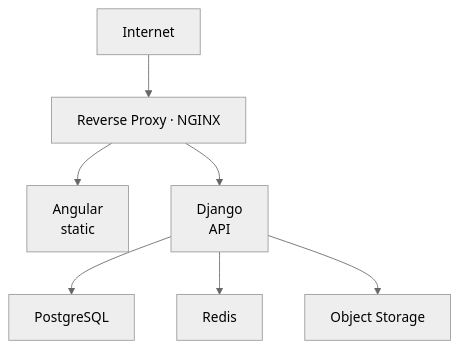
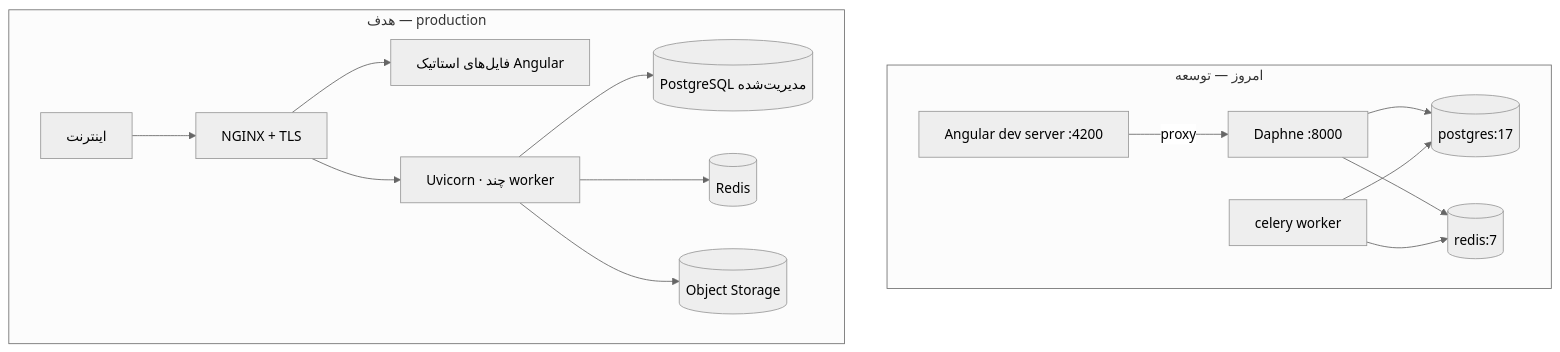
One commit to elmkhah/rorschach changed the first of 2 diagrams in documentation/07-deployment-operations.md. Above: the diagram before and after it, drawn with Mermaid (neutral theme). The commit also changed other lines of this file and 23 other files, not shown here.

````diff
--- a/documentation/07-deployment-operations.md
+++ b/documentation/07-deployment-operations.md
@@ -23,9 +30,18 @@
 ```mermaid
 flowchart TD
-    I[Internet] --> N["Reverse Proxy · NGINX"]
-    N --> A["Angular<br/>static"]
-    N --> D["Django<br/>API"]
-    D --> PG[PostgreSQL]
-    D --> R[Redis]
-    D --> S[Object Storage]
+    subgraph امروز["امروز — توسعه"]
+        A1["Angular dev server :4200"] -->|proxy| B1["Daphne :8000"]
+        B1 --> P1[("postgres:17")]
+        B1 --> R1[("redis:7")]
+        C1["celery worker"] --> R1
+        C1 --> P1
+    end
+    subgraph فردا["هدف — production"]
+        I["اینترنت"] --> N["NGINX + TLS"]
+        N --> S["فایل‌های استاتیک Angular"]
+        N --> B2["Uvicorn · چند worker"]
+        B2 --> P2[("PostgreSQL مدیریت‌شده")]
+        B2 --> R2[("Redis")]
+        B2 --> OS[("Object Storage")]
+    end
 ```
````
